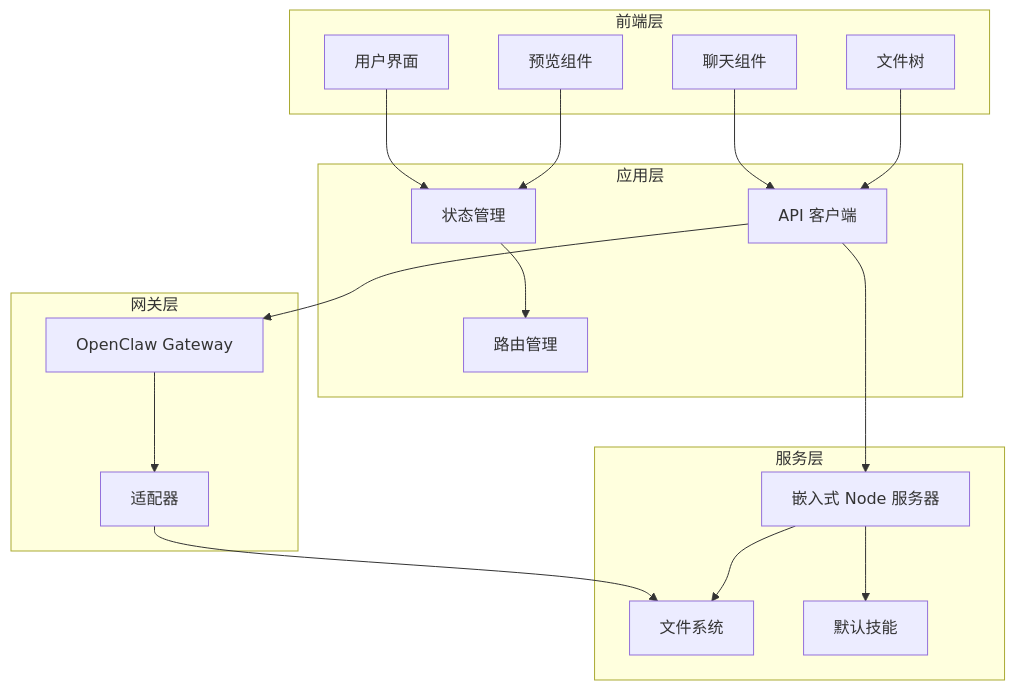
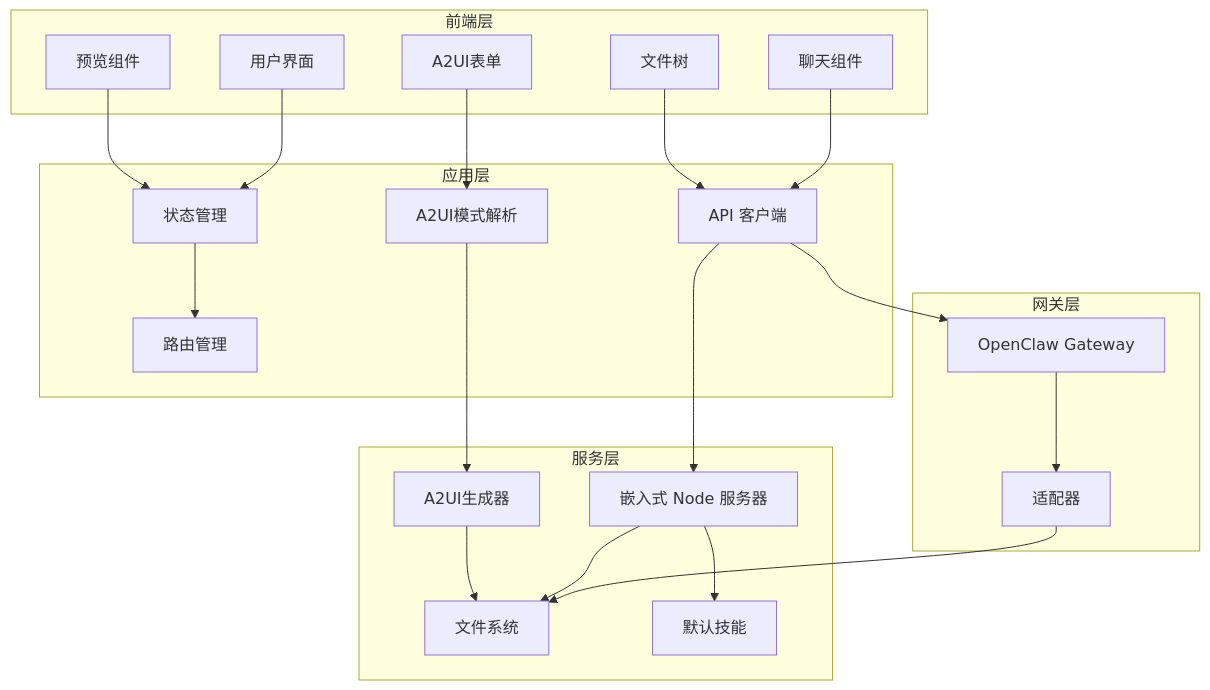
One commit to WW-AI-Lab/openclaw-office changed the third of 11 diagrams in .qoder/repowiki/zh/content/开发者指南/技能工作台使用指南.md. Above: the diagram before and after it, drawn with Mermaid. The commit also changed other lines of this file and 14 other files, not shown here.

````diff
--- a/.qoder/repowiki/zh/content/开发者指南/技能工作台使用指南.md
+++ b/.qoder/repowiki/zh/content/开发者指南/技能工作台使用指南.md
@@ -123,34 +140,40 @@
 ```mermaid
 graph TB
 subgraph "前端层"
 UI[用户界面]
 Chat[聊天组件]
 Preview[预览组件]
 FileTree[文件树]
+A2uiForm[A2UI表单]
 end
 subgraph "应用层"
 Store[状态管理]
 Router[路由管理]
 API[API 客户端]
+A2uiSchema[A2UI模式解析]
 end
 subgraph "网关层"
 Gateway[OpenClaw Gateway]
 Adapter[适配器]
 end
 subgraph "服务层"
 Server[嵌入式 Node 服务器]
 FileSystem[文件系统]
 DefaultSkills[默认技能]
+A2uiGenerator[A2UI生成器]
 end
 UI --> Store
 Chat --> API
 Preview --> Store
 FileTree --> API
+A2uiForm --> A2uiSchema
 Store --> Router
 API --> Gateway
 API --> Server
+A2uiSchema --> A2uiGenerator
 Gateway --> Adapter
 Adapter --> FileSystem
 Server --> DefaultSkills
 Server --> FileSystem
+A2uiGenerator --> FileSystem
 ```
````
